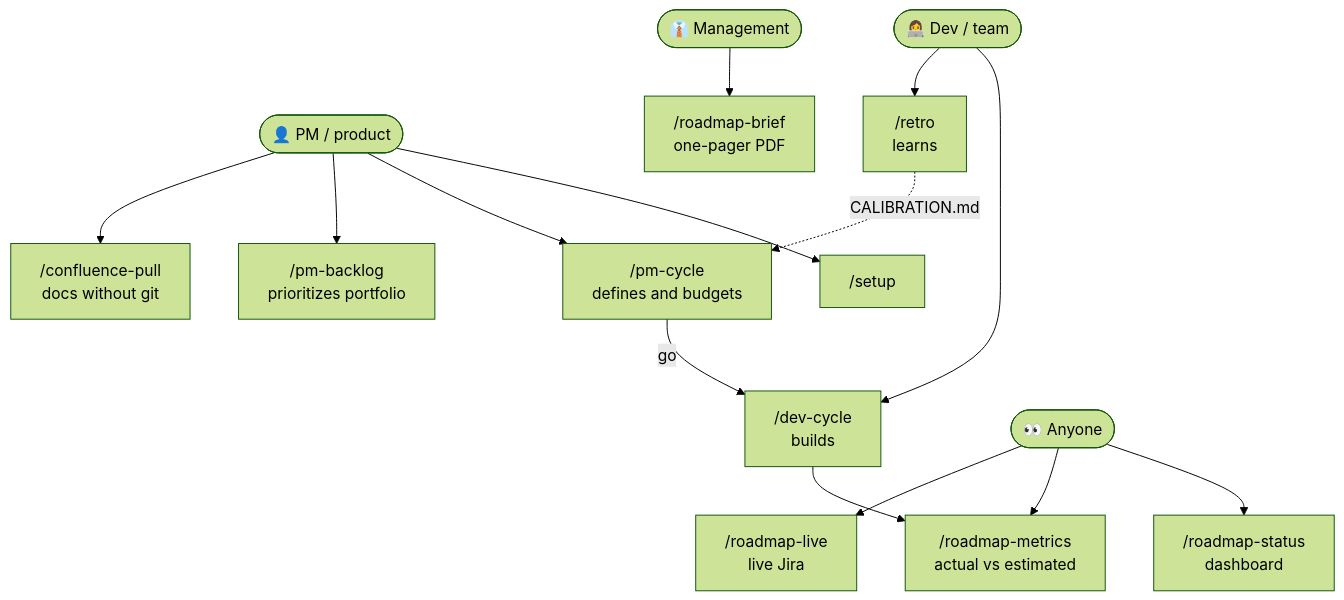
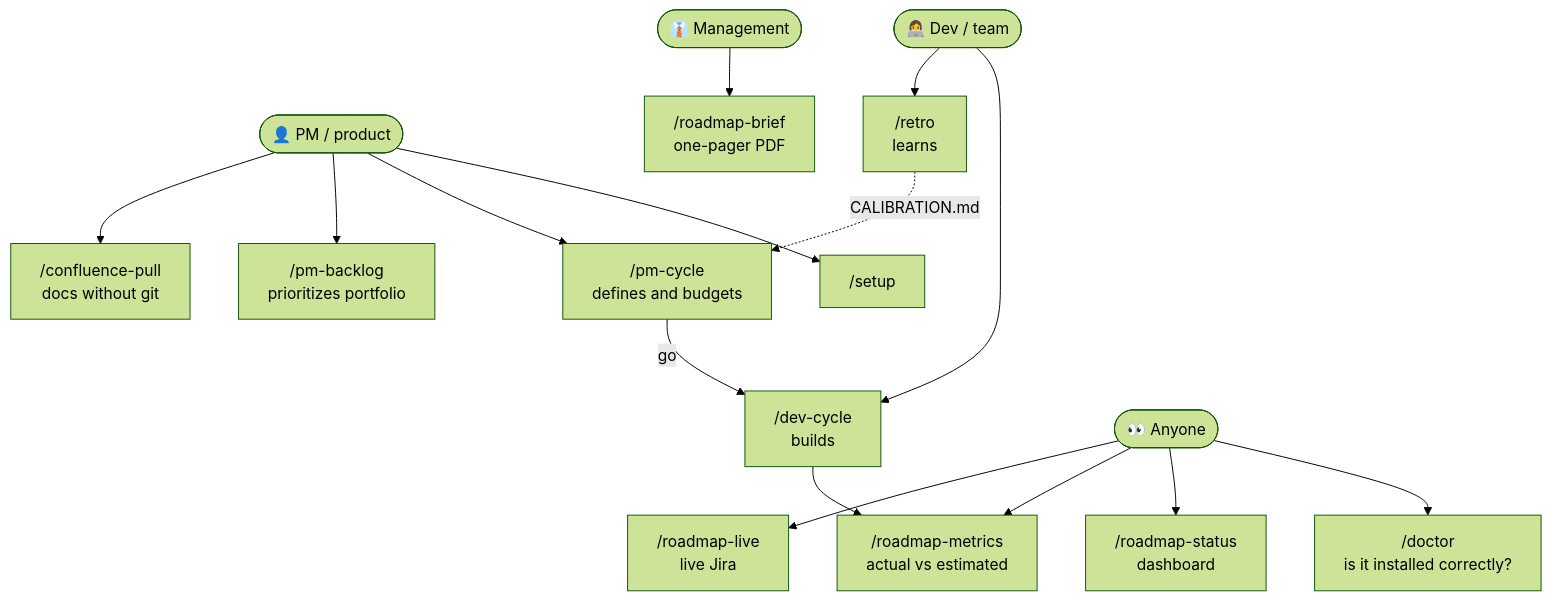
The first of 12 diagrams in docs/en/FLOWS.md (daycry/custom-agents), drawn with Mermaid (forest theme) before and after one commit. The commit also changed other lines of this file and 215 other files, not shown here.

````diff
--- a/docs/en/FLOWS.md
+++ b/docs/en/FLOWS.md
@@ -12,16 +12,17 @@
 ```mermaid
 flowchart TD
     PM(["👤 PM / product"]) --> S0["/setup"]
     PM --> P1["/pm-cycle<br/>defines and budgets"]
     PM --> P2["/pm-backlog<br/>prioritizes portfolio"]
     PM --> P3["/confluence-pull<br/>docs without git"]
     DEV(["👩‍💻 Dev / team"]) --> D1["/dev-cycle<br/>builds"]
     DEV --> D2["/retro<br/>learns"]
     DIR(["👔 Management"]) --> V1["/roadmap-brief<br/>one-pager PDF"]
-    TODOS(["👀 Anyone"]) --> V2["/roadmap-status<br/>dashboard"]
+    TODOS(["👀 Anyone"]) --> V0["/doctor<br/>is it installed correctly?"]
+    TODOS --> V2["/roadmap-status<br/>dashboard"]
     TODOS --> V3["/roadmap-metrics<br/>actual vs estimated"]
     TODOS --> V4["/roadmap-live<br/>live Jira"]
     P1 -->|go| D1
     D1 --> V3
     D2 -.->|CALIBRATION.md| P1
 ```
````
